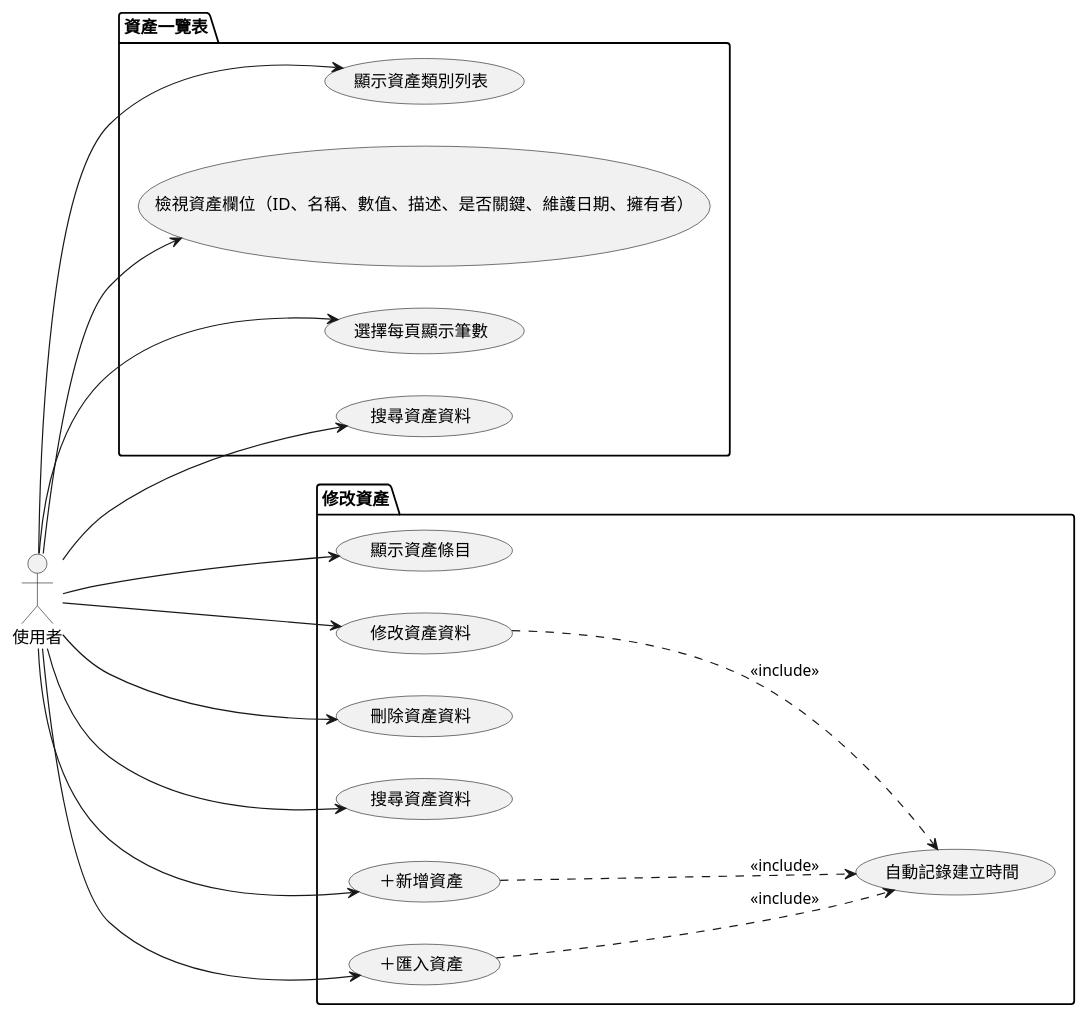
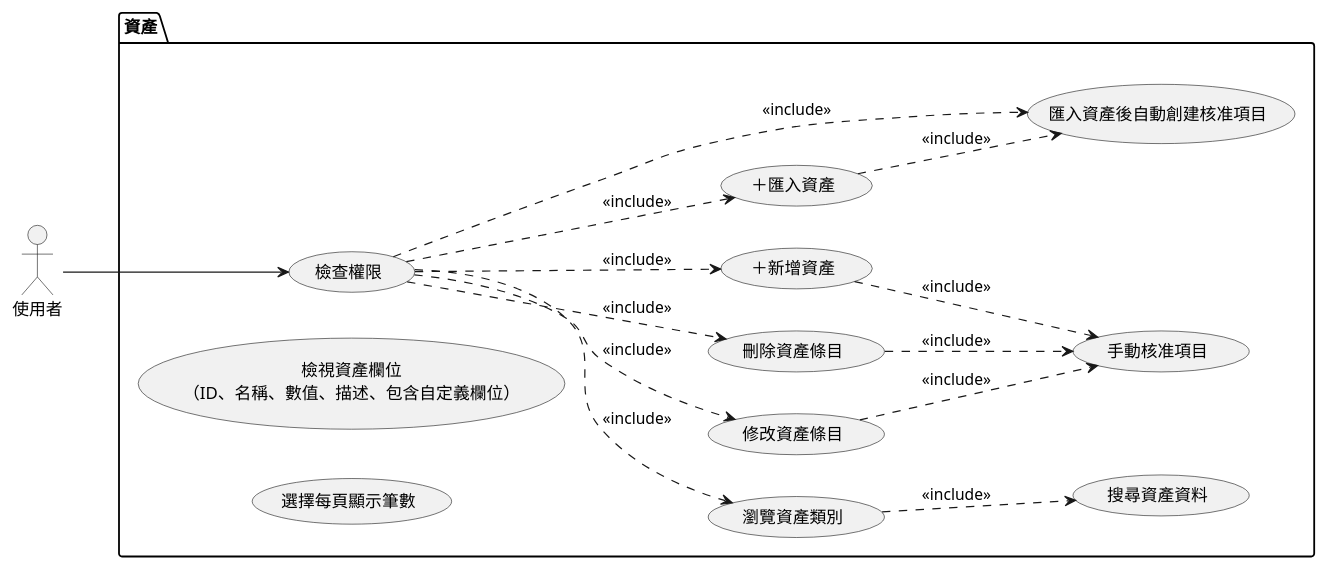
Before and after one commit to walle45611/NTUB_SecuManag_Diagram: the diagram in mermaid/use_case/asset_overview&edit.puml, drawn with PlantUML. The commit also changed 7 other files, not shown here.

```diff
--- a/mermaid/use_case/asset_overview&edit.puml
+++ b/mermaid/use_case/asset_overview&edit.puml
@@ -1,39 +1,35 @@
-@startuml
+@startuml asset_overview
 
 left to right direction
 
 actor 使用者
 
-package "資產一覽表" {
-    usecase "顯示資產類別列表" as UC1
-    usecase "檢視資產欄位（ID、名稱、數值、描述、是否關鍵、維護日期、擁有者）" as UC2
+package "資產" {
+    usecase "檢查權限" as UC12
+    usecase "瀏覽資產類別" as UC1
+    usecase "檢視資產欄位\n（ID、名稱、數值、描述、包含自定義欄位）" as UC2
     usecase "選擇每頁顯示筆數" as UC3
     usecase "搜尋資產資料" as UC4
+    usecase "修改資產條目" as UC5
+    usecase "刪除資產條目" as UC6
+    usecase "＋新增資產" as UC7
+    usecase "＋匯入資產" as UC8
+    usecase "匯入資產後自動創建核准項目" as UC10
+    usecase "手動核准項目" as UC11
 }
 
-package "修改資產" {
-    usecase "顯示資產條目" as UC5
-    usecase "修改資產資料" as UC6
-    usecase "刪除資產資料" as UC7
-    usecase "搜尋資產資料" as UC8
-    usecase "＋新增資產" as UC9
-    usecase "＋匯入資產" as UC10
-    usecase "自動記錄建立時間" as UC11
-}
+使用者 --> UC12
+UC12 .down.> UC1 : <<include>>
+UC12 .down.> UC5 : <<include>>
+UC12 .down.> UC6 : <<include>>
+UC12 .down.> UC7 : <<include>>
+UC12 .down.> UC8 : <<include>>
+UC12 .down.> UC10 : <<include>>
 
+UC1 .down.> UC4 : <<include>>
+UC5 .down.> UC11 : <<include>>
 UC6 .down.> UC11 : <<include>>
-UC9 .down.> UC11 : <<include>>
-UC10 .down.> UC11 : <<include>>
-
-使用者 --> UC1
-使用者 --> UC2
-使用者 --> UC3
-使用者 --> UC4
-使用者 --> UC5
-使用者 --> UC6
-使用者 --> UC7
-使用者 --> UC8
-使用者 --> UC9
-使用者 --> UC10
+UC7 .down.> UC11 : <<include>>
+UC8 .down.> UC10 : <<include>>
 
 @enduml
```
